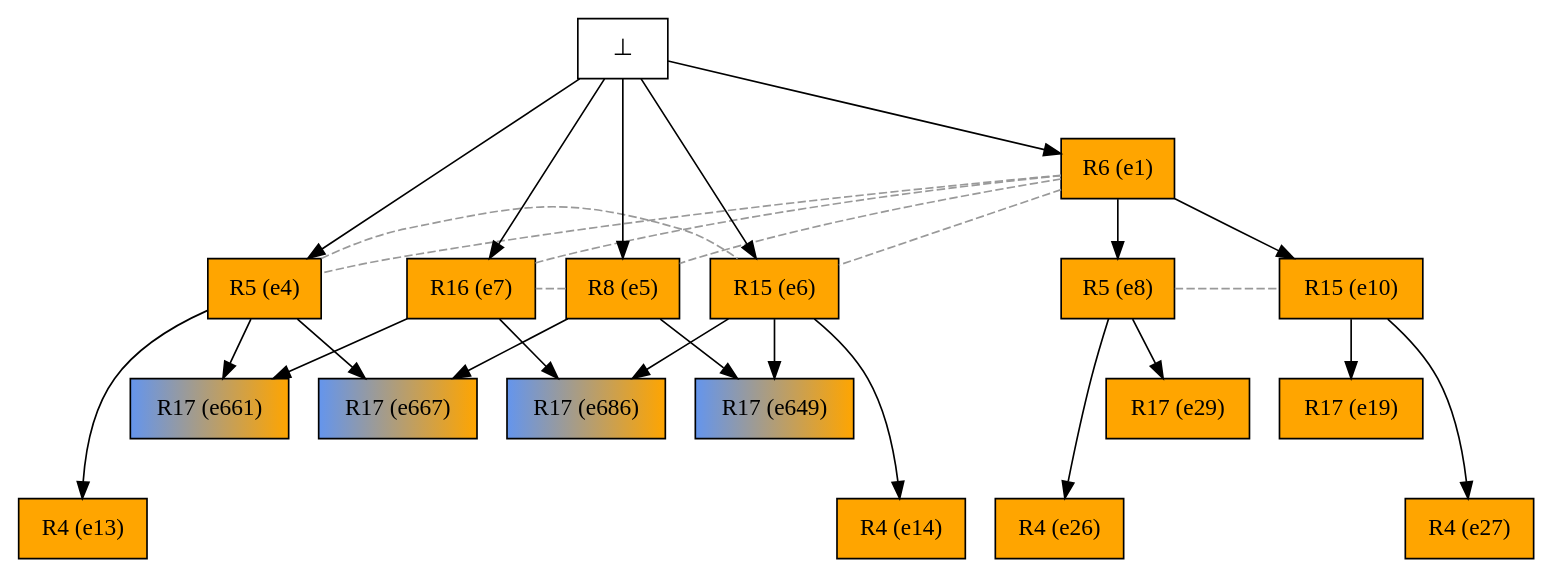
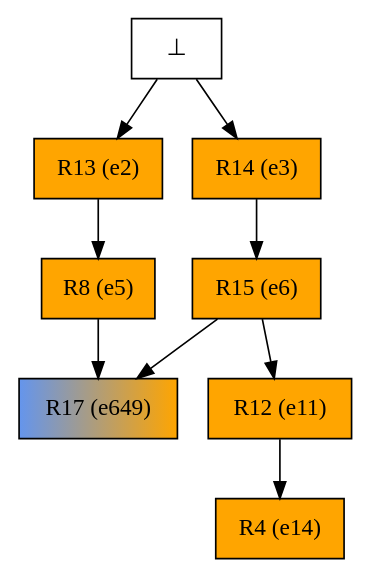
Before and after one commit to giannkas/ecofolder: the diagram in examples/oursin_tasmanie/tasmanian_perturb_final_pr_unf.dot, drawn with Graphviz. The commit also changed 159 other files, not shown here.

```diff
--- a/examples/oursin_tasmanie/tasmanian_perturb_final_pr_unf.dot
+++ b/examples/oursin_tasmanie/tasmanian_perturb_final_pr_unf.dot
@@ -1,52 +1,18 @@
 digraph test {
-
-//conflicts
-  e1 -> e4 [arrowhead=none color=gray60 style=dashed constraint=false];
-  e1 -> e5 [arrowhead=none color=gray60 style=dashed constraint=false];
-  e1 -> e6 [arrowhead=none color=gray60 style=dashed constraint=false];
-  e1 -> e7 [arrowhead=none color=gray60 style=dashed constraint=false];
-  e4 -> e6 [arrowhead=none color=gray60 style=dashed constraint=false];
-  e5 -> e7 [arrowhead=none color=gray60 style=dashed constraint=false];
-  e8 -> e10 [arrowhead=none color=gray60 style=dashed constraint=false];
-
-  e4 -> e13 [minlen=2];
-  e6 -> e14 [minlen=2];
-  e10 -> e19 [minlen=1];
-  e1 -> e10 [minlen=1];
-  e8 -> e26 [minlen=2];
-  e1 -> e8 [minlen=1];
-  e10 -> e27 [minlen=2];
-  e8 -> e29 [minlen=1];
-  e5 -> e649 [minlen=1];
-  e6 -> e649 [minlen=1];
-  e4 -> e661 [minlen=1];
-  e7 -> e661 [minlen=1];
-  e4 -> e667 [minlen=1];
-  e5 -> e667 [minlen=1];
-  e6 -> e686 [minlen=1];
-  e7 -> e686 [minlen=1];
-  e0 -> e1 [minlen=1];
-  e0 -> e4 [minlen=2];
-  e0 -> e5 [minlen=2];
-  e0 -> e6 [minlen=2];
-  e0 -> e7 [minlen=2];
-
-  e1 [color="black" fillcolor="orange:orange" label="R6 (e1)" shape=box style=filled];
-  e4 [color="black" fillcolor="orange:orange" label="R5 (e4)" shape=box style=filled];
+  e2 -> e5;
+  e3 -> e6;
+  e6 -> e11;
+  e11 -> e14;
+  e5 -> e649;
+  e6 -> e649;
+  e0 -> e2;
+  e0 -> e3;
+  e2 [color="black" fillcolor="orange:orange" label="R13 (e2)" shape=box style=filled];
+  e3 [color="black" fillcolor="orange:orange" label="R14 (e3)" shape=box style=filled];
   e5 [color="black" fillcolor="orange:orange" label="R8 (e5)" shape=box style=filled];
   e6 [color="black" fillcolor="orange:orange" label="R15 (e6)" shape=box style=filled];
-  e7 [color="black" fillcolor="orange:orange" label="R16 (e7)" shape=box style=filled];
-  e8 [color="black" fillcolor="orange:orange" label="R5 (e8)" shape=box style=filled];
-  e10 [color="black" fillcolor="orange:orange" label="R15 (e10)" shape=box style=filled];
-  e13 [color="black" fillcolor="orange:orange" label="R4 (e13)" shape=box style=filled];
+  e11 [color="black" fillcolor="orange:orange" label="R12 (e11)" shape=box style=filled];
   e14 [color="black" fillcolor="orange:orange" label="R4 (e14)" shape=box style=filled];
-  e19 [color="black" fillcolor="orange:orange" label="R17 (e19)" shape=box style=filled];
-  e26 [color="black" fillcolor="orange:orange" label="R4 (e26)" shape=box style=filled];
-  e27 [color="black" fillcolor="orange:orange" label="R4 (e27)" shape=box style=filled];
-  e29 [color="black" fillcolor="orange:orange" label="R17 (e29)" shape=box style=filled];
   e649 [color="black" fillcolor="cornflowerblue:orange" label="R17 (e649)" shape=box style=filled];
-  e661 [color="black" fillcolor="cornflowerblue:orange" label="R17 (e661)" shape=box style=filled];
-  e667 [color="black" fillcolor="cornflowerblue:orange" label="R17 (e667)" shape=box style=filled];
-  e686 [color="black" fillcolor="cornflowerblue:orange" label="R17 (e686)" shape=box style=filled];
   e0 [fillcolor="white" label="⊥" shape=box style=filled];
 }
```
